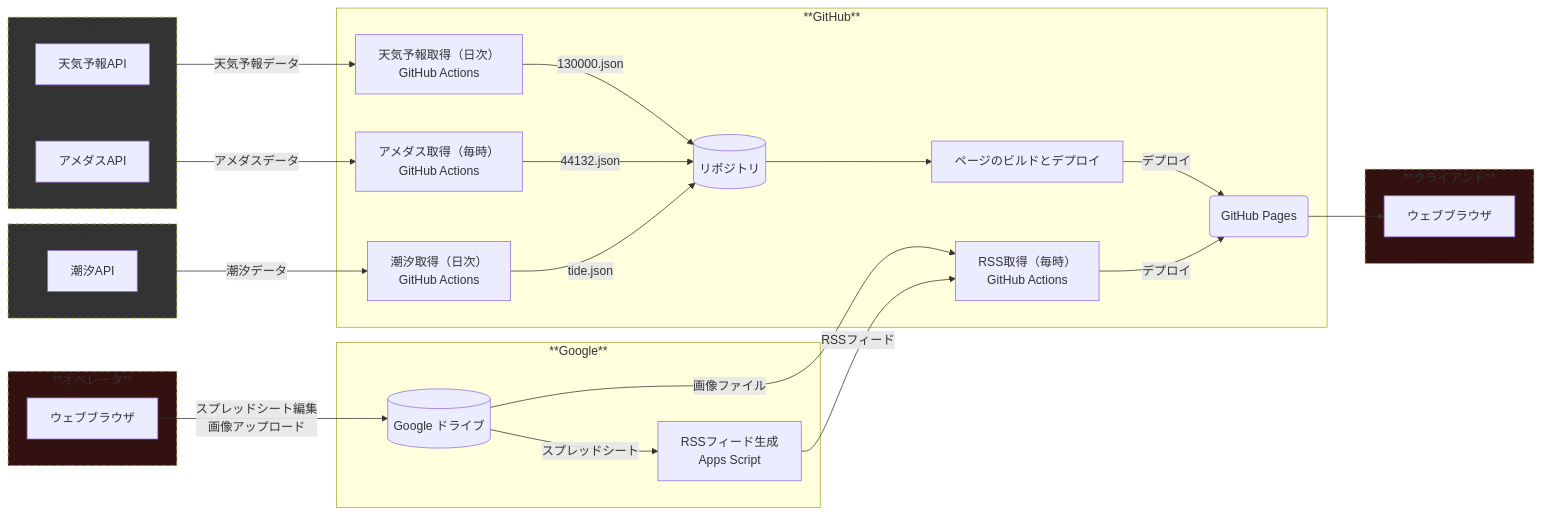
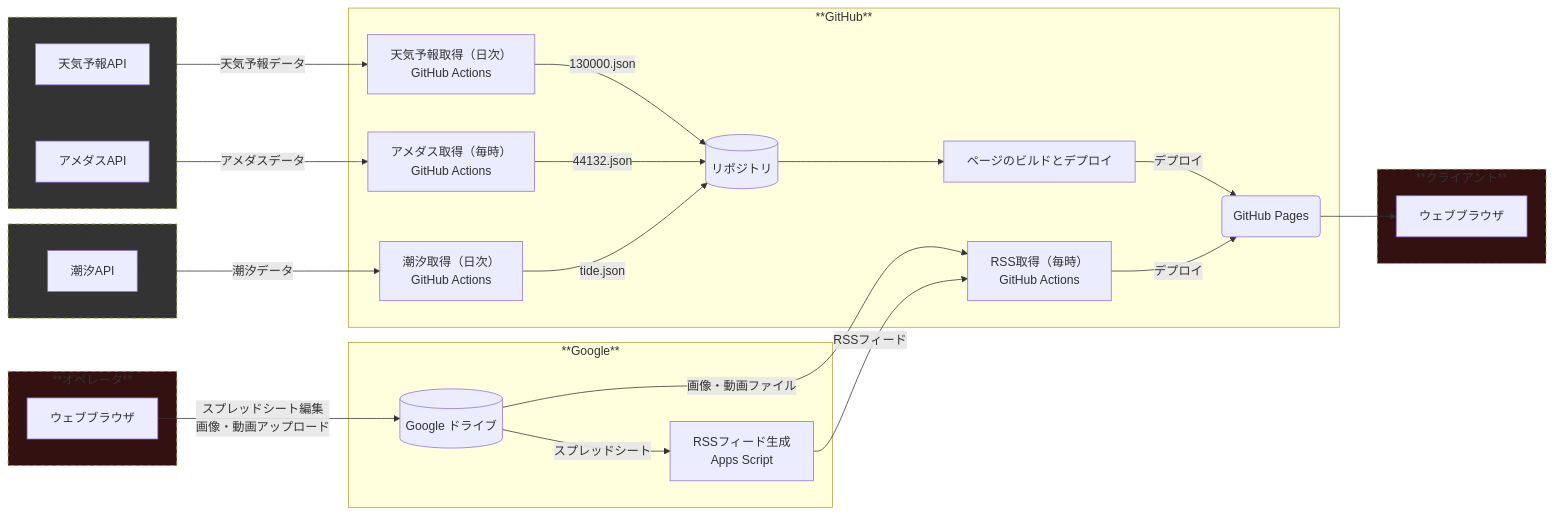
One commit to c1t0d0s0/phs changed the diagram in architecture.ja.md. Above: the diagram before and after it, drawn with Mermaid. The commit also changed 7 other files, not shown here.

````diff
--- a/architecture.ja.md
+++ b/architecture.ja.md
@@ -1,59 +1,59 @@
 ```mermaid
 flowchart LR
   subgraph GitHub[**GitHub**]
     repository[(リポジトリ)]
     actions_deploy[ページのビルドとデプロイ]
     actions_forecast[天気予報取得（日次）<br>GitHub Actions]
     actions_amedas[アメダス取得（毎時）<br>GitHub Actions]
     actions_rss[RSS取得（毎時）<br>GitHub Actions]
     actions_tide[潮汐取得（日次）<br>GitHub Actions]
     pages(GitHub Pages)
   end
 
   subgraph Google[**Google**]
     drive[(Google ドライブ)]
     apps[RSSフィード生成<br>Apps Script]
   end
 
   subgraph JMA[**気象庁**]
     forecast_api[天気予報API]
     amedas_api[アメダスAPI]
   end
   style JMA fill:#333333, stroke-dasharray: 5 5
 
   subgraph Tide[**潮汐**]
     tide_api[潮汐API]
   end
   style Tide fill:#333333, stroke-dasharray: 5 5
 
   subgraph Client[**クライアント**]
     web_browser[ウェブブラウザ]
   end
   style Client fill:#331111, stroke-dasharray: 5 5
 
   subgraph Operator[**オペレータ**]
     web_browser2[ウェブブラウザ]
   end
   style Operator fill:#331111, stroke-dasharray: 5 5
 
   repository --> actions_deploy
   actions_deploy -->|デプロイ| pages
 
   drive -->|スプレッドシート| apps
-  drive -->|画像ファイル| actions_rss
+  drive -->|画像・動画ファイル| actions_rss
   apps -->|RSSフィード| actions_rss
   actions_rss -->|デプロイ| pages
 
   forecast_api -->|天気予報データ| actions_forecast
   actions_forecast -->|130000.json| repository
 
   amedas_api -->|アメダスデータ| actions_amedas
   actions_amedas -->|44132.json| repository
 
   tide_api -->|潮汐データ| actions_tide
   actions_tide -->|tide.json| repository
 
   pages --> web_browser
 
-  web_browser2 -->|スプレッドシート編集<br>画像アップロード| drive
+  web_browser2 -->|スプレッドシート編集<br>画像・動画アップロード| drive
 ```
````
